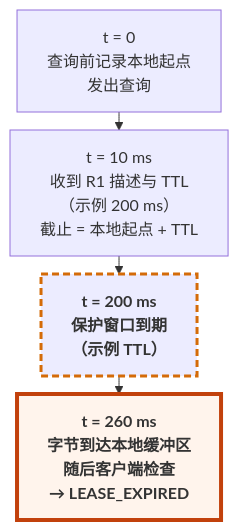
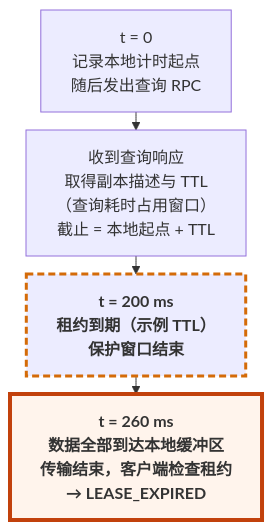
The diagram in mooncake-kv-cache-series/wechat/04-get-and-lease.md (Hansyangxingxiang/Mooncake), drawn with Mermaid before and after one commit. The commit also changed other lines of this file and 6 other files, not shown here.

Commit message:
[Docs] Correct lease timeline and SSD offload figures

````diff
--- a/mooncake-kv-cache-series/wechat/04-get-and-lease.md
+++ b/mooncake-kv-cache-series/wechat/04-get-and-lease.md
@@ -19,13 +19,13 @@
 ```mermaid
 %%{init: {"flowchart": {"nodeSpacing": 12, "rankSpacing": 18}}}%%
 flowchart TB
-    T0["t = 0<br/>查询前记录本地起点<br/>发出查询"]
-    T1["t = 10 ms<br/>收到 R1 描述与 TTL<br/>（示例 200 ms）<br/>截止 = 本地起点 + TTL"]
-    T2["t = 200 ms<br/>保护窗口到期<br/>（示例 TTL）"]
-    T3["t = 260 ms<br/>字节到达本地缓冲区<br/>随后客户端检查<br/>→ LEASE_EXPIRED"]
+    T0["t = 0<br/>记录本地计时起点<br/>随后发出查询 RPC"]
+    T1["收到查询响应<br/>取得副本描述与 TTL<br/>（查询耗时占用窗口）<br/>截止 = 本地起点 + TTL"]
+    T2["t = 200 ms<br/>租约到期（示例 TTL）<br/>保护窗口结束"]
+    T3["t = 260 ms<br/>数据全部到达本地缓冲区<br/>传输结束，客户端检查租约<br/>→ LEASE_EXPIRED"]
 
     T0 --> T1 --> T2 --> T3
 
     style T2 stroke:#D46B08,stroke-width:3px,stroke-dasharray:7 4,font-weight:bold
     style T3 stroke:#C2410C,stroke-width:4px,font-weight:bold,fill:#FFF4EC
 ```
````
